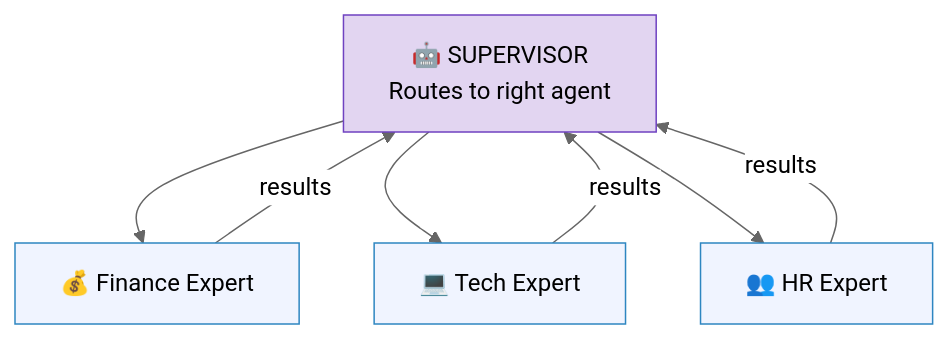
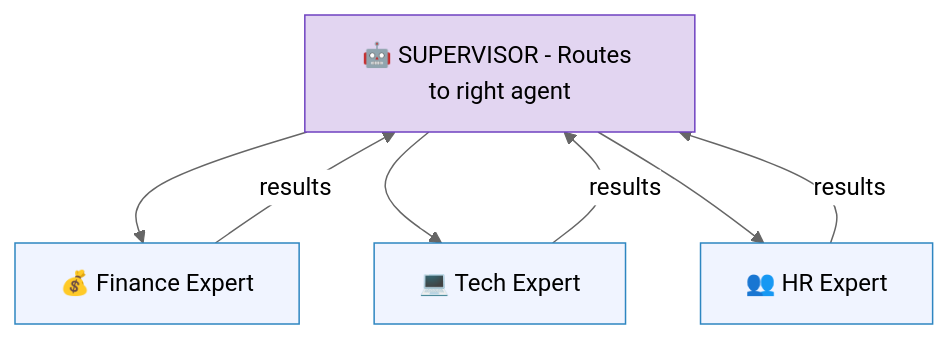
Before and after one commit to ithinktavo/GenAI-Engineering-Handbook: the fourth of 7 diagrams in docs/07-agentic-ai.md, drawn with Mermaid (neutral theme). The commit also changed other lines of this file and 9 other files, not shown here.

First line of the commit message:
Fix Mermaid rendering: remove emoji from subgraph titles and unsupported syntax

````diff
--- a/docs/07-agentic-ai.md
+++ b/docs/07-agentic-ai.md
@@ -171,17 +171,17 @@
 ```mermaid
 graph TD
-    Sup["🤖 SUPERVISOR\nRoutes to right agent"]
+    Sup["🤖 SUPERVISOR - Routes to right agent"]
     Fin["💰 Finance Expert"]
     Tech["💻 Tech Expert"]
     HR["👥 HR Expert"]
 
     Sup --> Fin & Tech & HR
     Fin -- "results" --> Sup
     Tech -- "results" --> Sup
     HR -- "results" --> Sup
 
-    style Sup fill:#e2d5f1,stroke:#6f42c1,color:#000
-    style Fin fill:#f0f4ff,stroke:#2E86C1,color:#000
-    style Tech fill:#f0f4ff,stroke:#2E86C1,color:#000
-    style HR fill:#f0f4ff,stroke:#2E86C1,color:#000
+    style Sup fill:#e2d5f1,stroke:#6f42c1
+    style Fin fill:#f0f4ff,stroke:#2E86C1
+    style Tech fill:#f0f4ff,stroke:#2E86C1
+    style HR fill:#f0f4ff,stroke:#2E86C1
 ```
````
